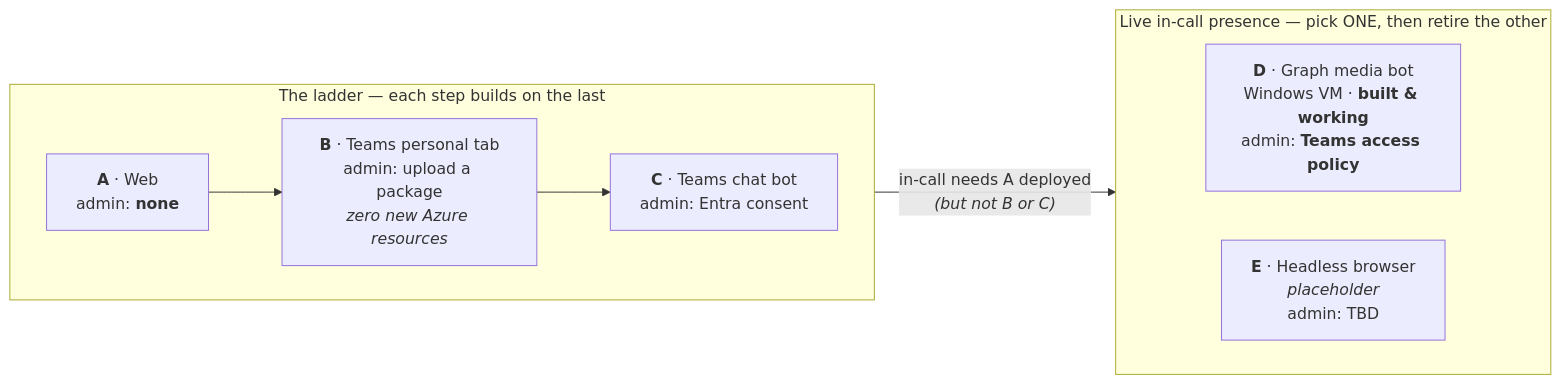
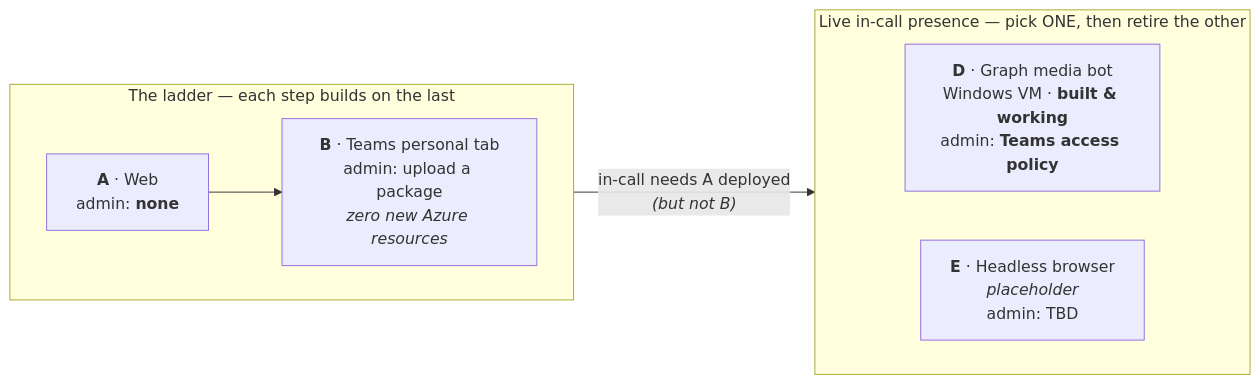
One commit to SridharArrabelly/avatar-forge changed the diagram in docs/channels/README.md. Above: the diagram before and after it, drawn with Mermaid. The commit also changed other lines of this file and 12 other files, not shown here.

````diff
--- a/docs/channels/README.md
+++ b/docs/channels/README.md
@@ -50,18 +49,17 @@
 ```mermaid
 flowchart LR
     subgraph Ladder["The ladder — each step builds on the last"]
         direction LR
         A["<b>A</b> · Web<br/>admin: <b>none</b>"]
         B["<b>B</b> · Teams personal tab<br/>admin: upload a package<br/><i>zero new Azure resources</i>"]
-        C["<b>C</b> · Teams chat bot<br/>admin: Entra consent"]
-        A --> B --> C
+        A --> B
     end
 
     subgraph Rivals["Live in-call presence — pick ONE, then retire the other"]
         direction LR
         D["<b>D</b> · Graph media bot<br/>Windows VM · <b>built &amp; working</b><br/>admin: <b>Teams access policy</b>"]
         E["<b>E</b> · Headless browser<br/><i>placeholder</i><br/>admin: TBD"]
     end
 
-    A -- "in-call needs A deployed<br/><i>(but not B or C)</i>" --> Rivals
+    A -- "in-call needs A deployed<br/><i>(but not B)</i>" --> Rivals
 ```
````
